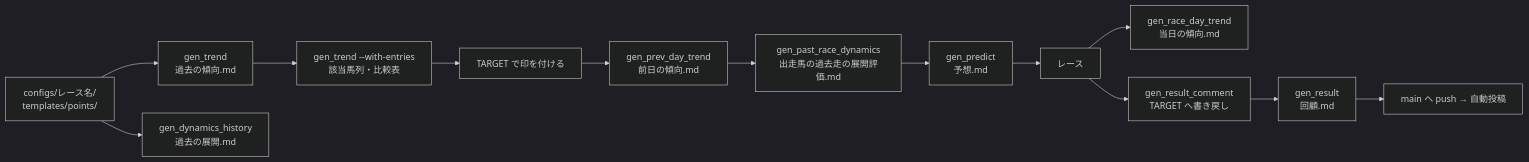
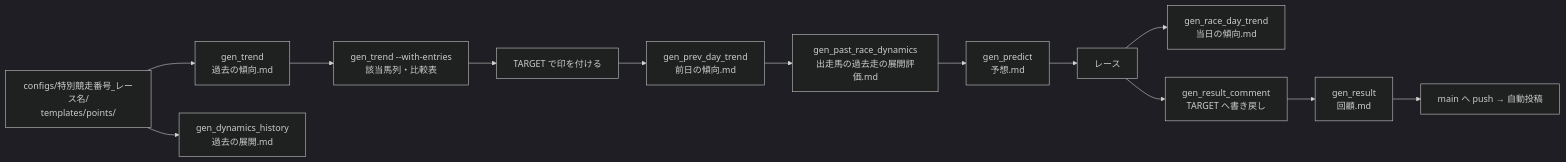
The diagram in docs/workflow.md (Kubo-Tech/g1-predict), drawn with Mermaid (dark theme) before and after one commit. The commit also changed other lines of this file and 22 other files, not shown here.

````diff
--- a/docs/workflow.md
+++ b/docs/workflow.md
@@ -5,15 +5,15 @@
 ```mermaid
 flowchart LR
-    A[configs/レース名/<br/>templates/points/] --> B[gen_trend<br/>過去の傾向.md]
+    A[configs/特別競走番号_レース名/<br/>templates/points/] --> B[gen_trend<br/>過去の傾向.md]
     A --> V[gen_dynamics_history<br/>過去の展開.md]
     B --> C[gen_trend --with-entries<br/>該当馬列・比較表]
     C --> D[TARGET で印を付ける]
     D --> P[gen_prev_day_trend<br/>前日の傾向.md]
     P --> Q[gen_past_race_dynamics<br/>出走馬の過去走の展開評価.md]
     Q --> E[gen_predict<br/>予想.md]
     E --> F[レース]
     F --> R[gen_race_day_trend<br/>当日の傾向.md]
     F --> G[gen_result_comment<br/>TARGET へ書き戻し]
     G --> H[gen_result<br/>回顧.md]
     H --> I[main へ push → 自動投稿]
 ```
````
